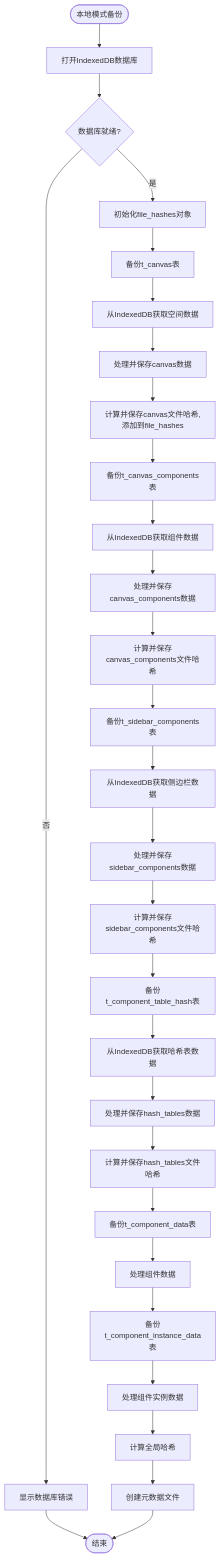
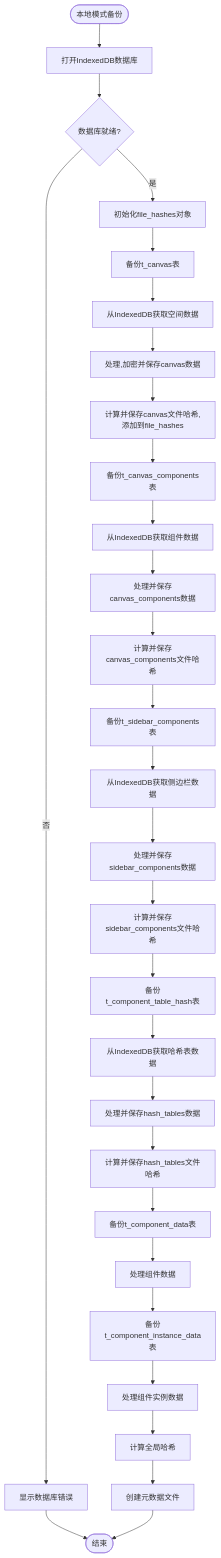
Before and after one commit to yingjianzh/iodraw-files: the diagram in all/未命名-56.md, drawn with Mermaid.

Commit message:
2025-05-12 14:13:10 update

````diff
--- a/all/未命名-56.md
+++ b/all/未命名-56.md
@@ -1,44 +1,44 @@
 ```mermaid
 
 flowchart TD
     Start([本地模式备份]) --> OpenDB[打开IndexedDB数据库]
     OpenDB --> DBReady{数据库就绪?}
     
     DBReady -->|否| ShowDBError[显示数据库错误]
     DBReady -->|是| InitHashObject[初始化file_hashes对象]
     
     ShowDBError --> End([结束])
     
     InitHashObject --> BackupCanvas[备份t_canvas表]
     BackupCanvas --> GetCanvasFromDB[从IndexedDB获取空间数据]
-    GetCanvasFromDB --> ProcessCanvasFile[处理并保存canvas数据]
+    GetCanvasFromDB --> ProcessCanvasFile[处理,加密并保存canvas数据]
     ProcessCanvasFile --> AddCanvasHash[计算并保存canvas文件哈希,添加到file_hashes]
     
     AddCanvasHash --> BackupCanvasComps[备份t_canvas_components表]
     BackupCanvasComps --> GetCanvasCompsFromDB[从IndexedDB获取组件数据]
     GetCanvasCompsFromDB --> ProcessCanvasCompsFile[处理并保存canvas_components数据]
     ProcessCanvasCompsFile --> AddCanvasCompsHash[计算并保存canvas_components文件哈希]
     
     AddCanvasCompsHash --> BackupSidebarComps[备份t_sidebar_components表]
     BackupSidebarComps --> GetSidebarCompsFromDB[从IndexedDB获取侧边栏数据]
     GetSidebarCompsFromDB --> ProcessSidebarCompsFile[处理并保存sidebar_components数据]
     ProcessSidebarCompsFile --> AddSidebarCompsHash[计算并保存sidebar_components文件哈希]
     
     AddSidebarCompsHash --> BackupHashTables[备份t_component_table_hash表]
     BackupHashTables --> GetHashTablesFromDB[从IndexedDB获取哈希表数据]
     GetHashTablesFromDB --> ProcessHashTablesFile[处理并保存hash_tables数据]
     ProcessHashTablesFile --> AddHashTablesHash[计算并保存hash_tables文件哈希]
     
     AddHashTablesHash --> BackupCompData[备份t_component_data表]
     BackupCompData --> ProcessCompData[处理组件数据]
     
     ProcessCompData --> BackupInstData[备份t_component_instance_data表]
     BackupInstData --> ProcessInstData[处理组件实例数据]
     
     ProcessInstData --> CalculateGlobalHash[计算全局哈希]
     CalculateGlobalHash --> CreateMetadataFile[创建元数据文件]
     
     CreateMetadataFile --> End
 
 
 ```
````
